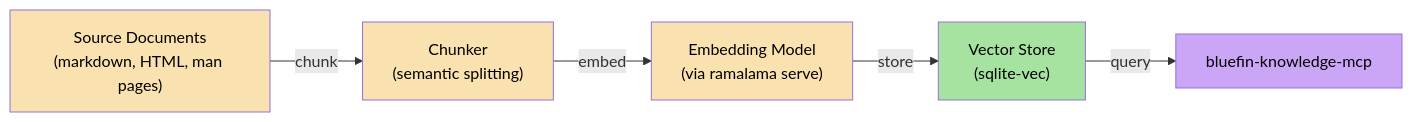
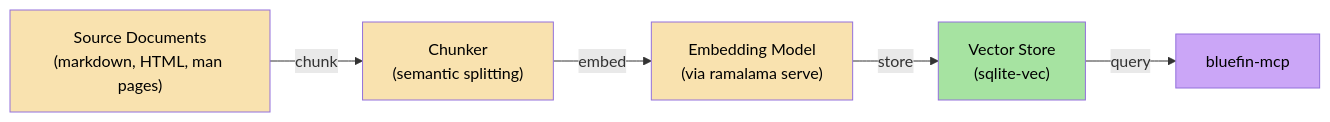
One commit to projectbluefin/common changed the fourth of 19 diagrams in specs/00-bluespeed-specification.md. Above: the diagram before and after it, drawn with Mermaid. The commit also changed other lines of this file, not shown here.

First line of the commit message:
spec: Integrate bluefin-mcp as first-class component, consolidate knowledge layer (v0.2)

````diff
--- a/specs/00-bluespeed-specification.md
+++ b/specs/00-bluespeed-specification.md
@@ -329,13 +389,13 @@
 ```mermaid
 graph LR
     SRC["Source Documents<br/>(markdown, HTML, man pages)"] -->|chunk| CH["Chunker<br/>(semantic splitting)"]
     CH -->|embed| EMB["Embedding Model<br/>(via ramalama serve)"]
     EMB -->|store| VS["Vector Store<br/>(sqlite-vec)"]
-    VS -->|query| MCP["bluefin-knowledge-mcp"]
+    VS -->|query| MCP["bluefin-mcp"]
 
     style SRC fill:#f9e2af,color:#000
     style CH fill:#f9e2af,color:#000
     style EMB fill:#f9e2af,color:#000
     style VS fill:#a6e3a1,color:#000
     style MCP fill:#cba6f7,color:#000
 ```
````
